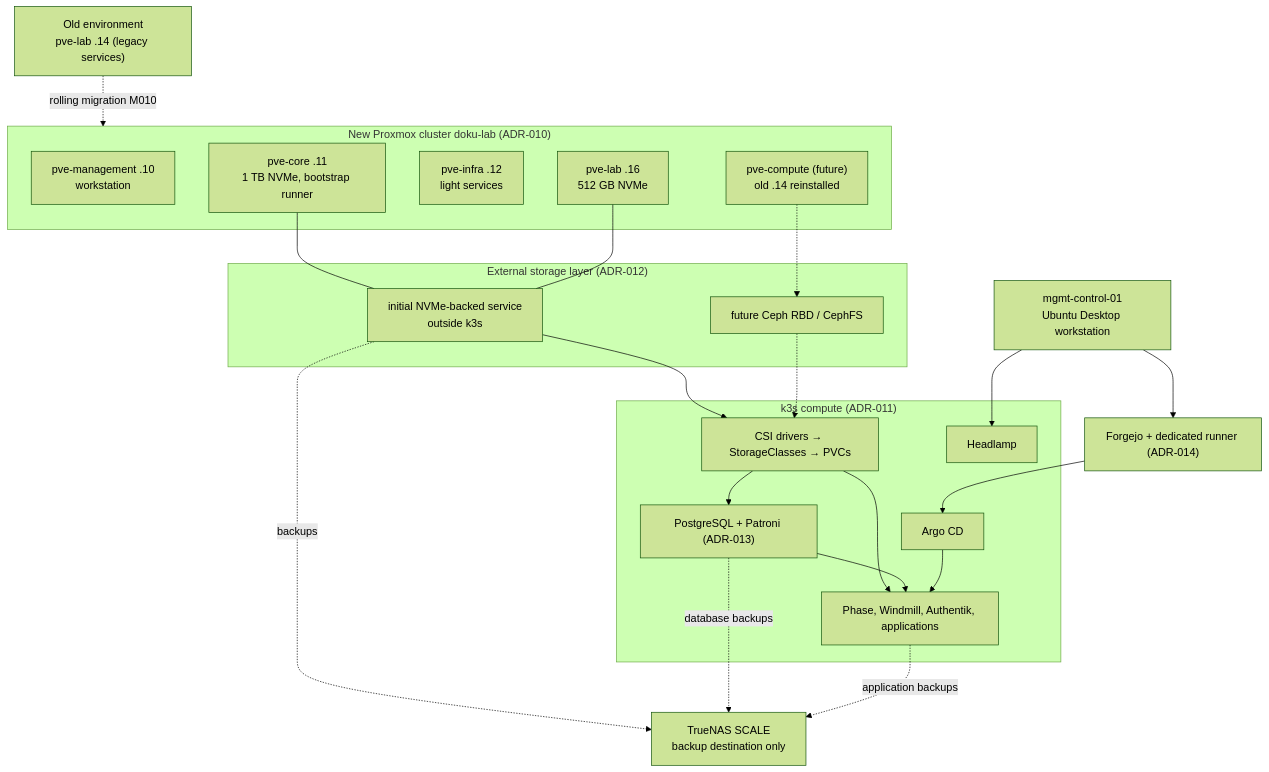
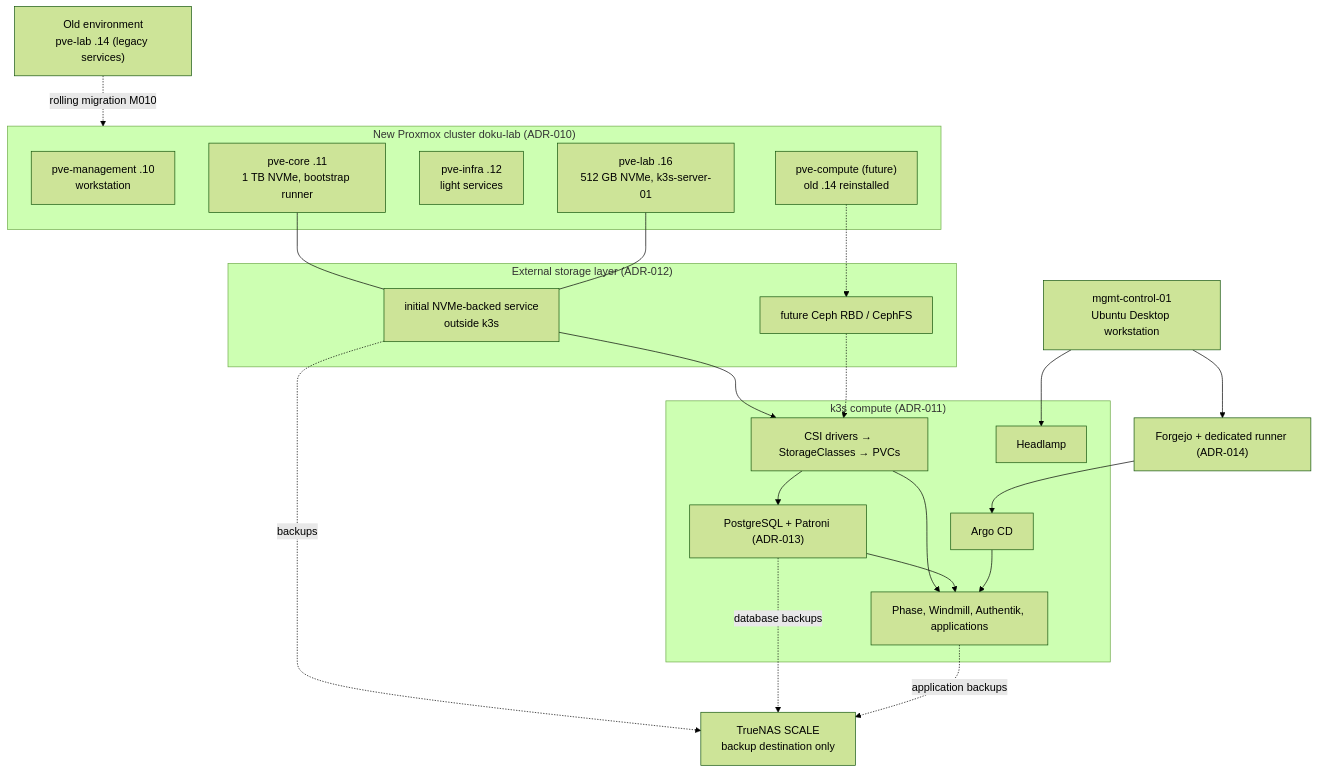
Before and after one commit to doku-code/homelab-iac: the diagram in docs/architecture/platform.md, drawn with Mermaid (forest theme). The commit also changed other lines of this file and 8 other files, not shown here.

First line of the commit message:
feat(k3s): first k3s server live on pve-lab and rebuilt from IaC (TASK-015)

````diff
--- a/docs/architecture/platform.md
+++ b/docs/architecture/platform.md
@@ -37,41 +37,41 @@
 ```mermaid
 flowchart TB
   subgraph phys["New Proxmox cluster doku-lab (ADR-010)"]
     pm["pve-management .10<br/>workstation"]
     pc["pve-core .11<br/>1 TB NVMe, bootstrap runner"]
     pi["pve-infra .12<br/>light services"]
-    pl["pve-lab .16<br/>512 GB NVMe"]
+    pl["pve-lab .16<br/>512 GB NVMe, k3s-server-01"]
     px["pve-compute (future)<br/>old .14 reinstalled"]
   end
   old["Old environment<br/>pve-lab .14 (legacy services)"]
   subgraph store["External storage layer (ADR-012)"]
     s1["initial NVMe-backed service<br/>outside k3s"]
     ceph["future Ceph RBD / CephFS"]
   end
   subgraph k8s["k3s compute (ADR-011)"]
     csi["CSI drivers → StorageClasses → PVCs"]
     pg["PostgreSQL + Patroni (ADR-013)"]
     apps["Phase, Windmill, Authentik, applications"]
     argo["Argo CD"]
     hl["Headlamp"]
   end
   ws["mgmt-control-01<br/>Ubuntu Desktop workstation"]
   fj["Forgejo + dedicated runner (ADR-014)"]
   nas["TrueNAS SCALE<br/>backup destination only"]
   pc --- s1
   pl --- s1
   old -. rolling migration M010 .-> phys
   px -.-> ceph
   s1 --> csi
   ceph -.-> csi
   csi --> pg
   csi --> apps
   pg --> apps
   fj --> argo
   argo --> apps
   ws --> fj
   ws --> hl
   s1 -. backups .-> nas
   pg -. database backups .-> nas
   apps -. application backups .-> nas
 ```
````
